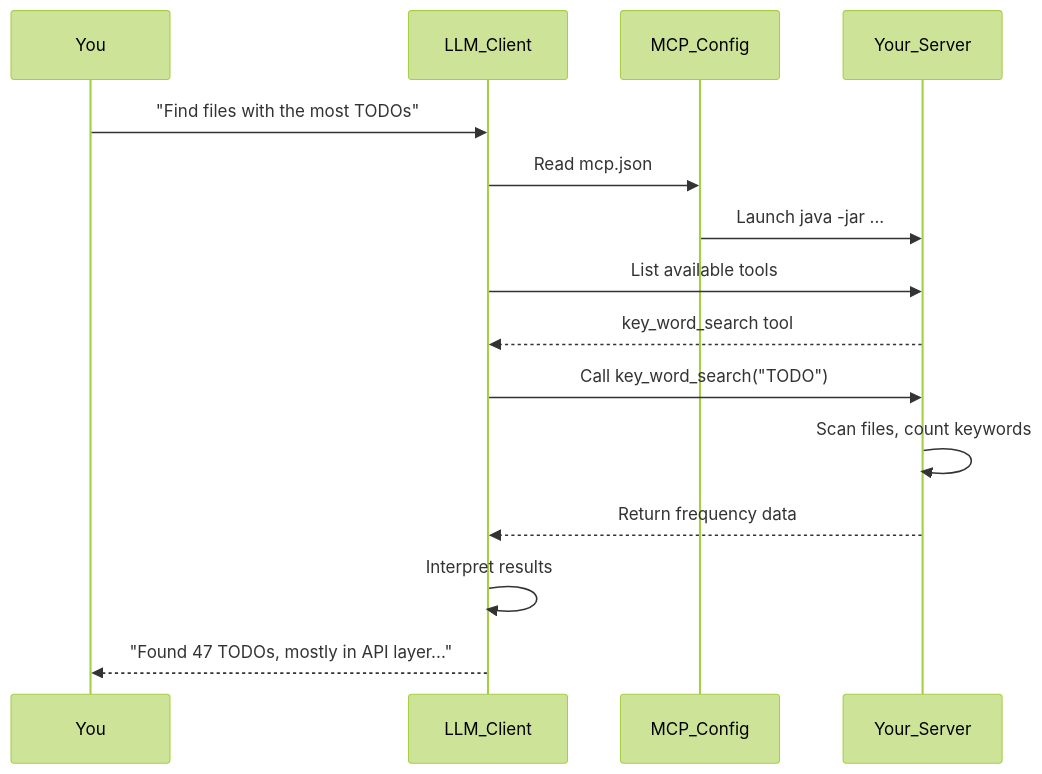
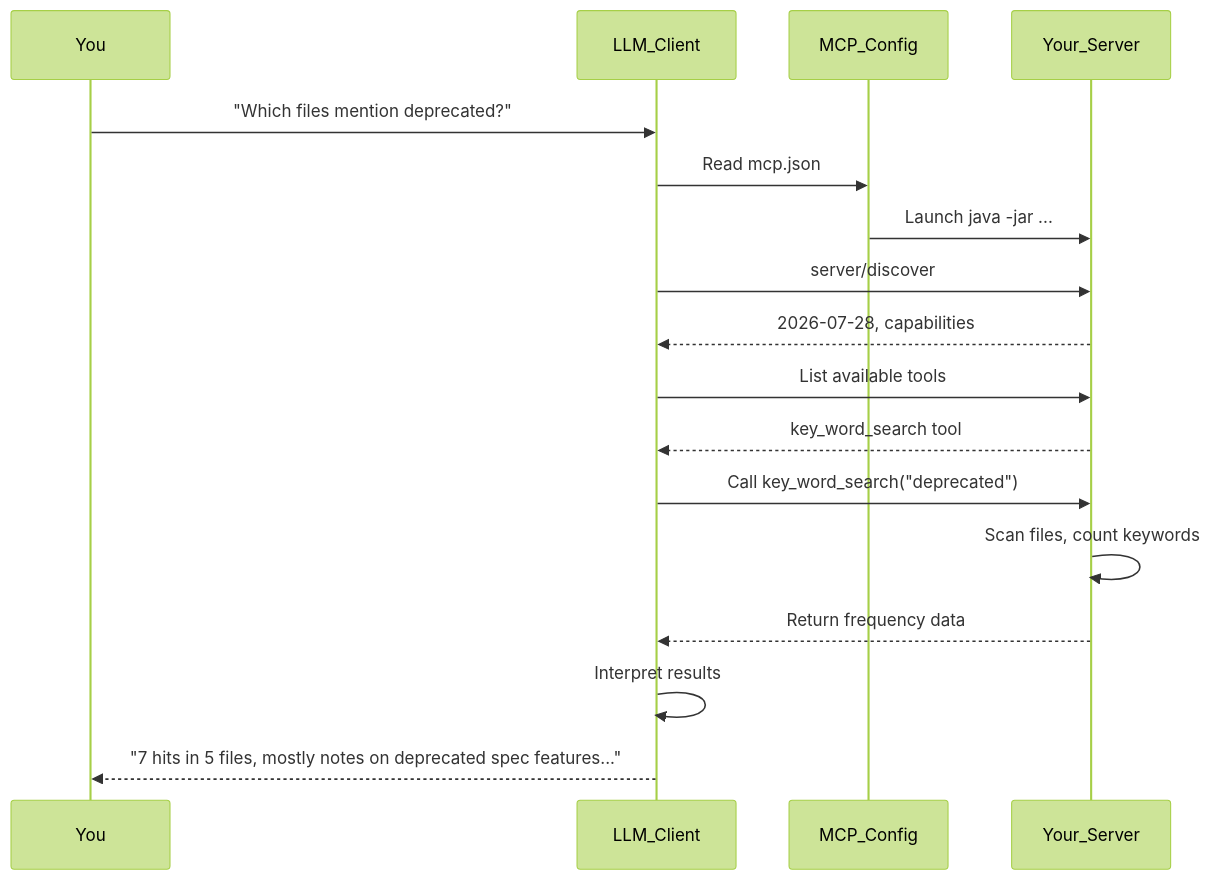
One commit to David-Parry/agent-mcp-workshop changed the third of 3 diagrams in lessons/bonus-live-llm-overview.md. Above: the diagram before and after it, drawn with Mermaid (forest theme). The commit also changed other lines of this file and 14 other files, not shown here.

````diff
--- a/lessons/bonus-live-llm-overview.md
+++ b/lessons/bonus-live-llm-overview.md
@@ -126,21 +122,23 @@
 ```mermaid
 sequenceDiagram
     participant You
     participant LLM_Client
     participant MCP_Config
     participant Your_Server
 
-    You->>LLM_Client: "Find files with the most TODOs"
+    You->>LLM_Client: "Which files mention deprecated?"
     LLM_Client->>MCP_Config: Read mcp.json
     MCP_Config->>Your_Server: Launch java -jar ...
 
+    LLM_Client->>Your_Server: server/discover
+    Your_Server-->>LLM_Client: 2026-07-28, capabilities
     LLM_Client->>Your_Server: List available tools
     Your_Server-->>LLM_Client: key_word_search tool
 
-    LLM_Client->>Your_Server: Call key_word_search("TODO")
+    LLM_Client->>Your_Server: Call key_word_search("deprecated")
     Your_Server->>Your_Server: Scan files, count keywords
     Your_Server-->>LLM_Client: Return frequency data
 
     LLM_Client->>LLM_Client: Interpret results
-    LLM_Client-->>You: "Found 47 TODOs, mostly in API layer..."
+    LLM_Client-->>You: "7 hits in 5 files, mostly notes on deprecated spec features..."
 ```
````
